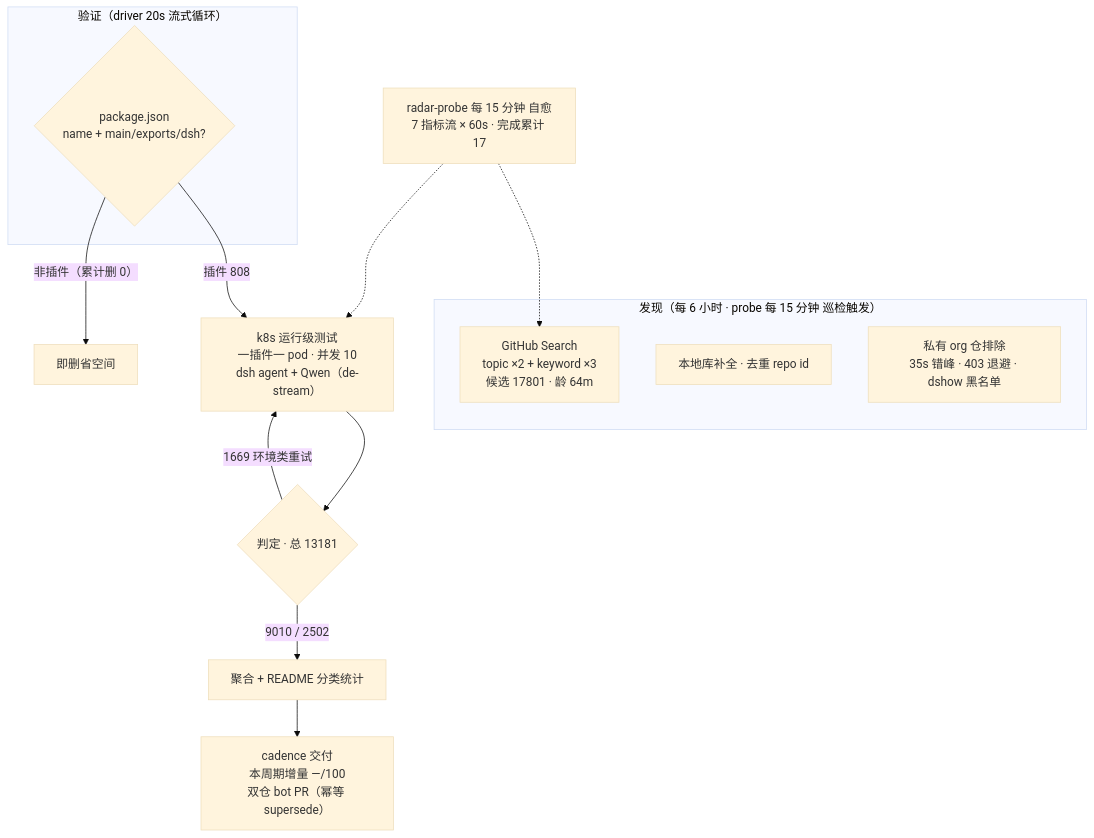
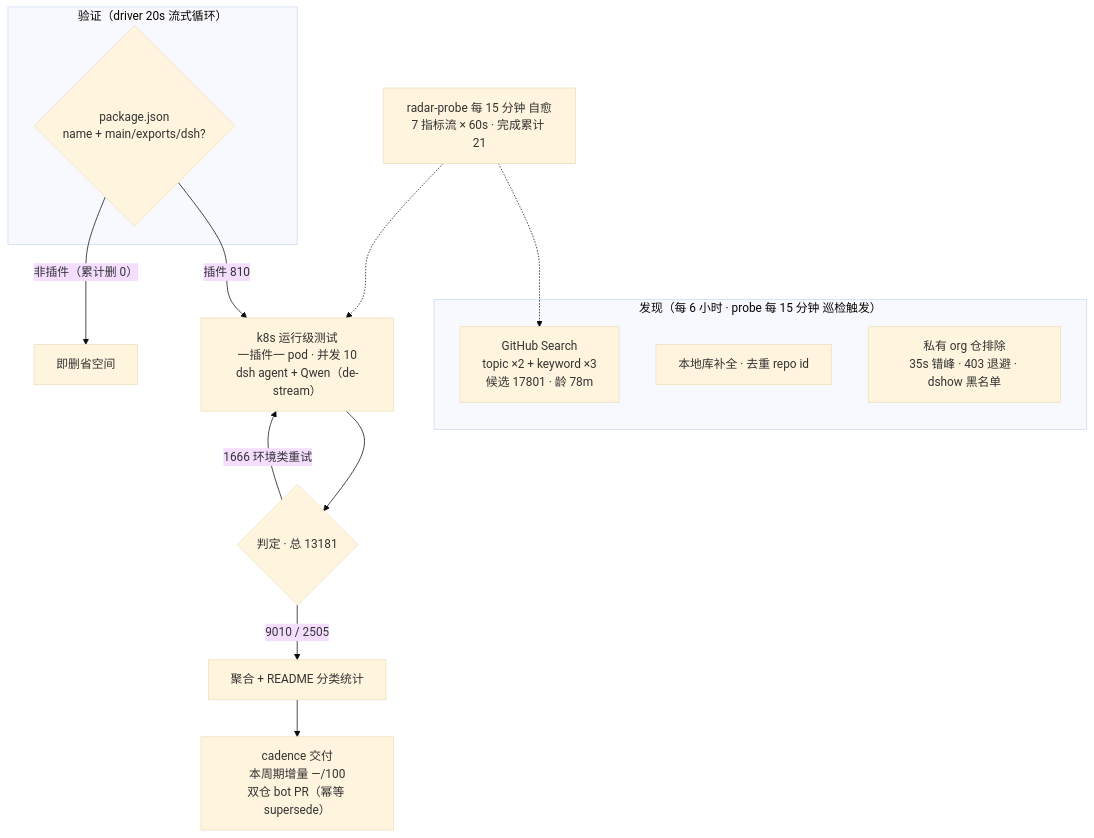
Before and after one commit to AdamPlatin123/awesome-dsh-plugins: the diagram in README.md, drawn with Mermaid (base theme). The commit also changed other lines of this file and 5 other files, not shown here.

````diff
--- a/README.md
+++ b/README.md
@@ -52,20 +52,20 @@
 ```mermaid
 flowchart TB
     subgraph Discovery["发现（每 6 小时 · probe 每 15 分钟 巡检触发）"]
-        A1["GitHub Search<br/>topic ×2 + keyword ×3<br/>候选 17801 · 龄 64m"]
+        A1["GitHub Search<br/>topic ×2 + keyword ×3<br/>候选 17801 · 龄 78m"]
         A2["本地库补全 · 去重 repo id"]
         A3["私有 org 仓排除<br/>35s 错峰 · 403 退避 · dshow 黑名单"]
     end
     subgraph Validation["验证（driver 20s 流式循环）"]
         B1{"package.json<br/>name + main/exports/dsh?"}
     end
-    B1 -->|"插件 808"| C1["k8s 运行级测试<br/>一插件一 pod · 并发 10<br/>dsh agent + Qwen（de-stream）"]
+    B1 -->|"插件 810"| C1["k8s 运行级测试<br/>一插件一 pod · 并发 10<br/>dsh agent + Qwen（de-stream）"]
     B1 -->|"非插件（累计删 0）"| B3["即删省空间"]
     C1 --> D1{"判定 · 总 13181"}
-    D1 -->|"9010 / 2502"| E1["聚合 + README 分类统计"]
-    D1 -->|"1669 环境类重试"| C1
+    D1 -->|"9010 / 2505"| E1["聚合 + README 分类统计"]
+    D1 -->|"1666 环境类重试"| C1
     E1 --> E2["cadence 交付<br/>本周期增量 —/100<br/>双仓 bot PR（幂等 supersede）"]
-    M["radar-probe 每 15 分钟 自愈<br/>7 指标流 × 60s · 完成累计 17"]
+    M["radar-probe 每 15 分钟 自愈<br/>7 指标流 × 60s · 完成累计 21"]
     M -.-> A1
     M -.-> C1
 ```
````
